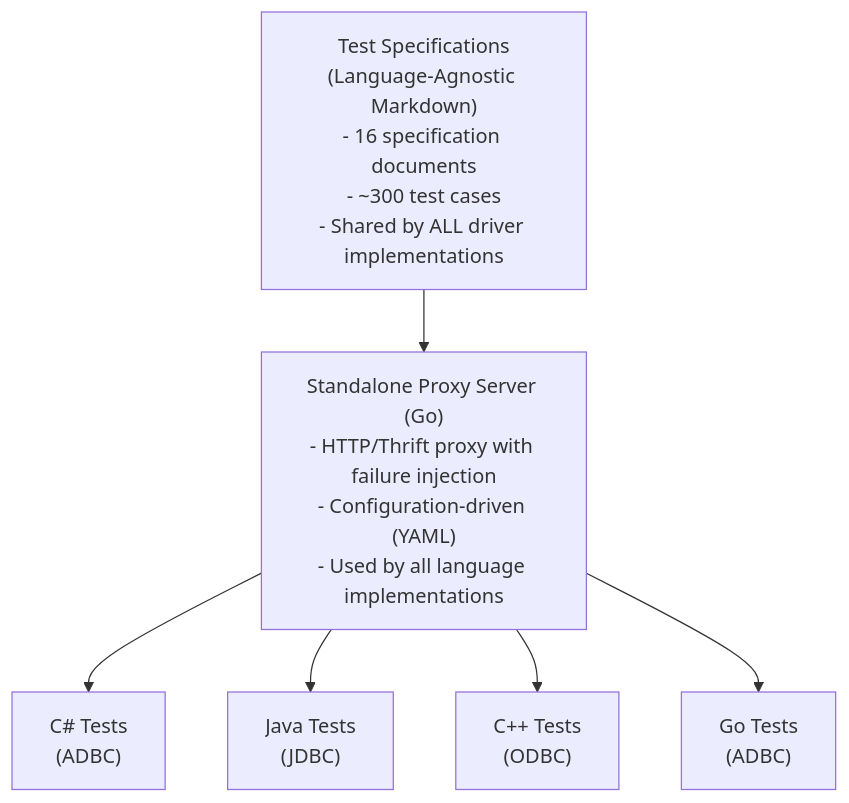
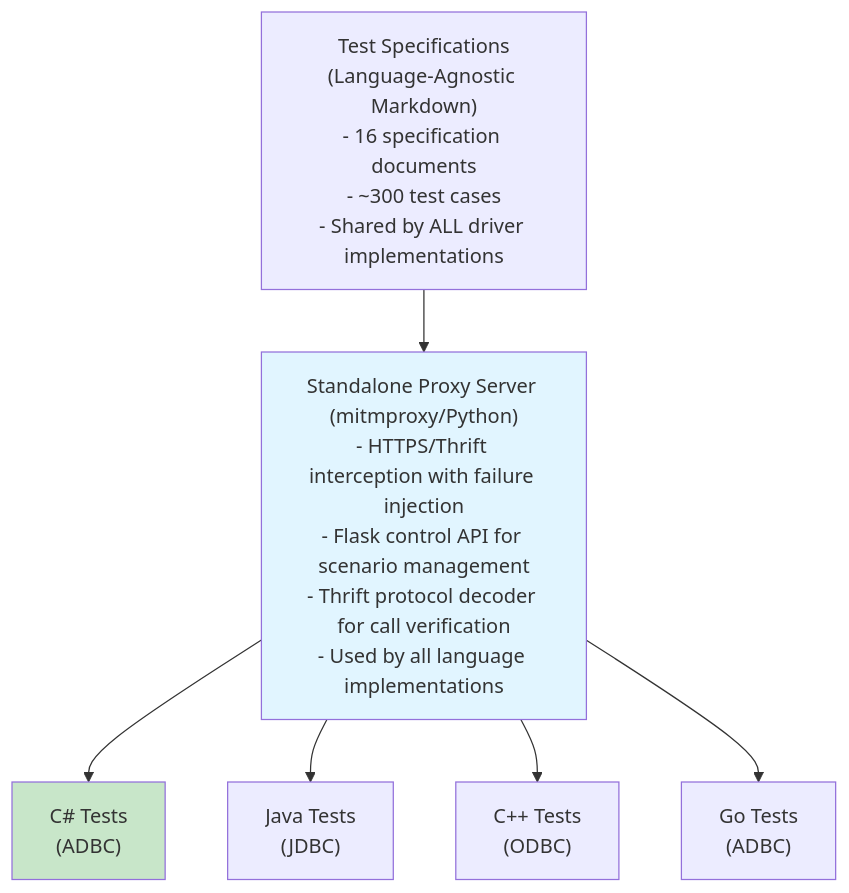
The diagram in docs/designs/thrift-protocol-tests/design.md (adbc-drivers/databricks), drawn with Mermaid before and after one commit. The commit also changed other lines of this file, not shown here.

First line of the commit message:
docs: update design to reflect mitmproxy implementation and test patterns

````diff
--- a/docs/designs/thrift-protocol-tests/design.md
+++ b/docs/designs/thrift-protocol-tests/design.md
@@ -129,15 +129,18 @@
 ```mermaid
 graph TD
     A["Test Specifications<br/>(Language-Agnostic Markdown)<br/>- 16 specification documents<br/>- ~300 test cases<br/>- Shared by ALL driver implementations"]
-    B["Standalone Proxy Server (Go)<br/>- HTTP/Thrift proxy with failure injection<br/>- Configuration-driven (YAML)<br/>- Used by all language implementations"]
+    B["Standalone Proxy Server (mitmproxy/Python)<br/>- HTTPS/Thrift interception with failure injection<br/>- Flask control API for scenario management<br/>- Thrift protocol decoder for call verification<br/>- Used by all language implementations"]
     C1["C# Tests<br/>(ADBC)"]
     C2["Java Tests<br/>(JDBC)"]
     C3["C++ Tests<br/>(ODBC)"]
     C4["Go Tests<br/>(ADBC)"]
 
     A --> B
     B --> C1
     B --> C2
     B --> C3
     B --> C4
+
+    style B fill:#e1f5ff
+    style C1 fill:#c8e6c9
 ```
````
